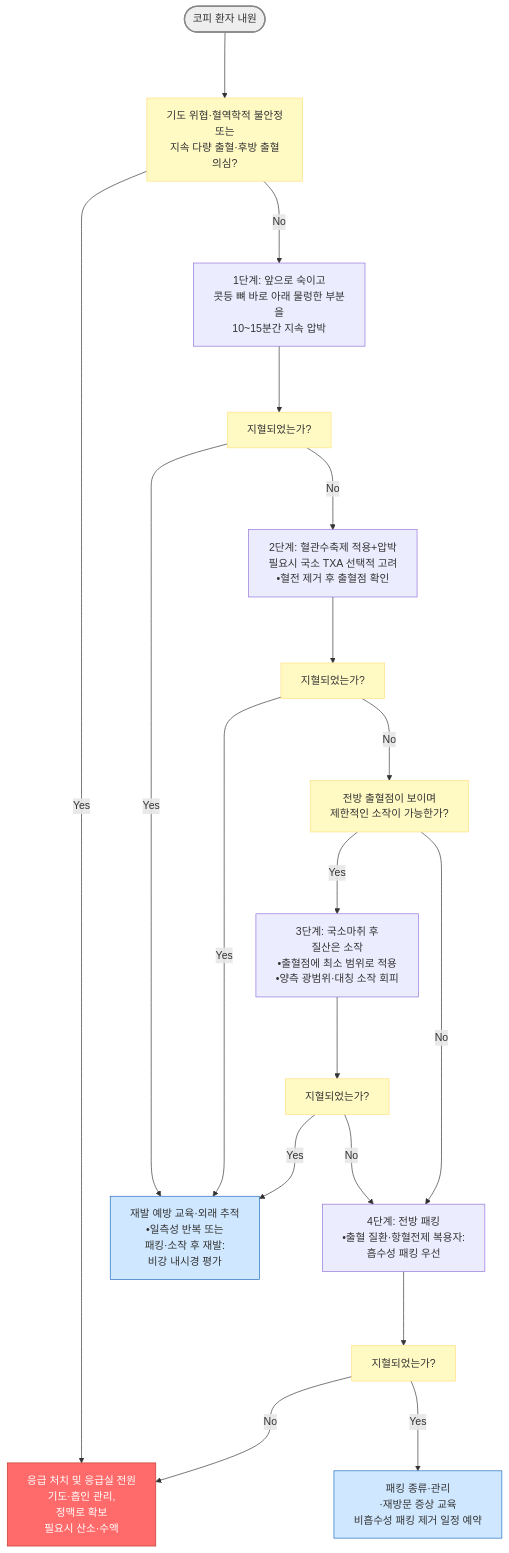
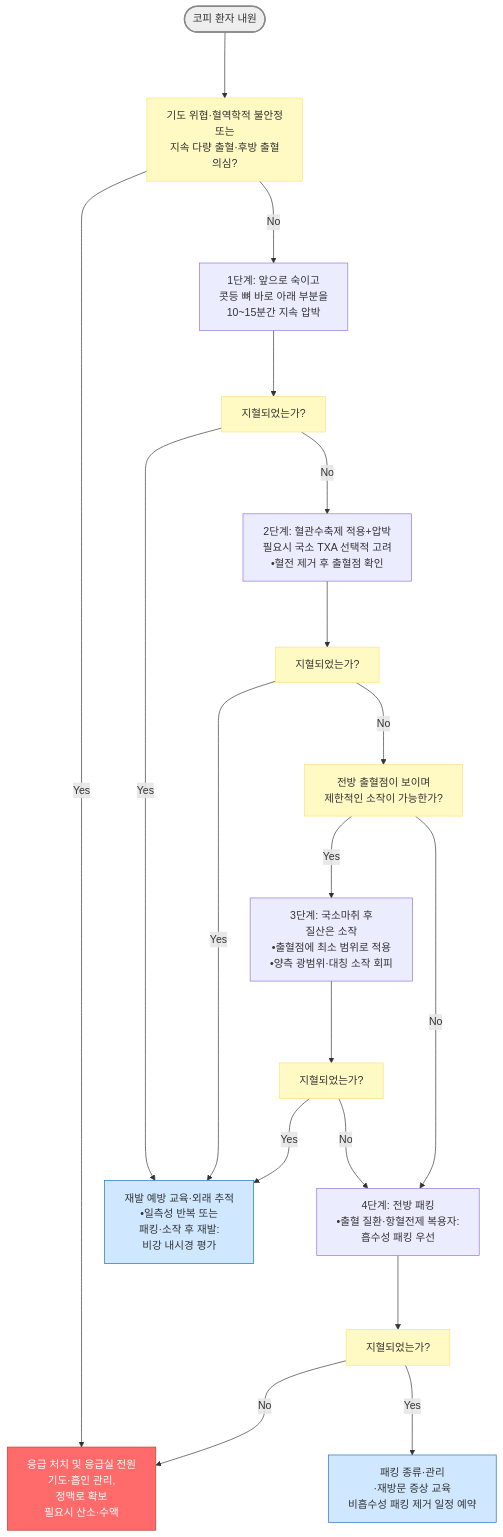
Before and after one commit to familyoh77/familyoh77: the diagram in 222_/050_-epistaxis.md, drawn with Mermaid. The commit also changed other lines of this file, not shown here.

````diff
--- a/222_/050_-epistaxis.md
+++ b/222_/050_-epistaxis.md
@@ -119,26 +119,26 @@
 ```mermaid
 graph TD
     A(["코피 환자 내원"]) ---> B["기도 위협·혈역학적 불안정 <br/>또는 <br/>지속 다량 출혈·후방 출혈 <br/>의심?"]
     B -- "Yes" ---> C["응급 처치 및 응급실 전원<br/>기도·흡인 관리, <br/>정맥로 확보<br/>필요시 산소·수액"]
-    B -- "No" ---> D["1단계: 앞으로 숙이고<br/>콧등 뼈 바로 아래 물렁한 부분을<br/>10~15분간 지속 압박"]
+    B -- "No" ---> D["1단계: 앞으로 숙이고<br/>콧등 뼈 바로 아래 부분을<br/>10~15분간 지속 압박"]
     D ---> E["지혈되었는가?"]
     E -- "Yes" ---> F["재발 예방 교육·외래 추적<br/>•일측성 반복 또는 <br/>패킹·소작 후 재발: <br/>비강 내시경 평가"]
     E -- "No" ---> G["2단계: 혈관수축제 적용+압박<br/>필요시 국소 TXA 선택적 고려<br/>•혈전 제거 후 출혈점 확인"]
     G ---> H["지혈되었는가?"]
     H -- "Yes" ---> F
     H -- "No" ---> I["전방 출혈점이 보이며<br/>제한적인 소작이 가능한가?"]
     I -- "Yes" ---> J["3단계: 국소마취 후 <br/>질산은 소작<br/>•출혈점에 최소 범위로 적용<br/>•양측 광범위·대칭 소작 회피"]
     I -- "No" ---> K["4단계: 전방 패킹<br/>•출혈 질환·항혈전제 복용자:<br/>흡수성 패킹 우선"]
     J ---> L["지혈되었는가?"]
     L -- "Yes" ---> F
     L -- "No" ---> K
     K ---> M["지혈되었는가?"]
     M -- "No" ---> C
     M -- "Yes" ---> N["패킹 종류·관리<br/>·재방문 증상 교육<br/>비흡수성 패킹 제거 일정 예약"]
     style A fill:#eeeeee,stroke:#888888,stroke-width:2px
     style C fill:#ff6b6b,stroke:#c0392b,color:#fff
     style F fill:#d0e8ff,stroke:#1a6abf
     style N fill:#d0e8ff,stroke:#1a6abf
     classDef yellow fill:#fff9c4,stroke:#ffe082
     class B,E,H,I,L,M yellow
 ```
````
